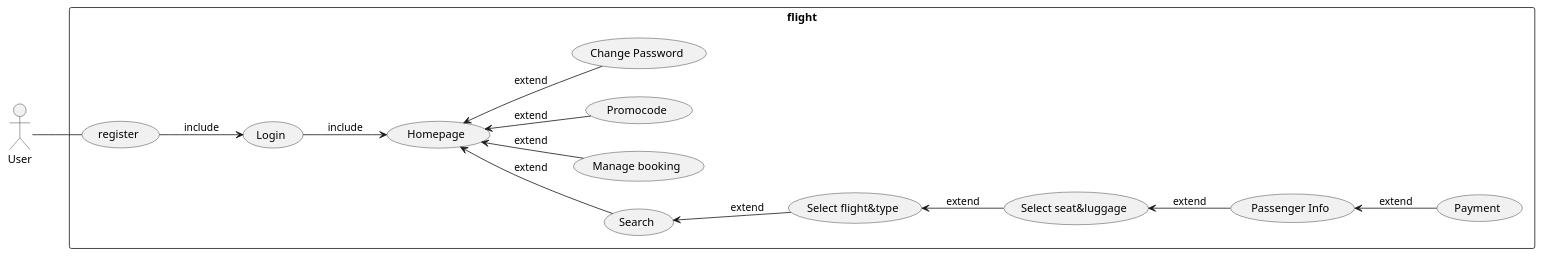
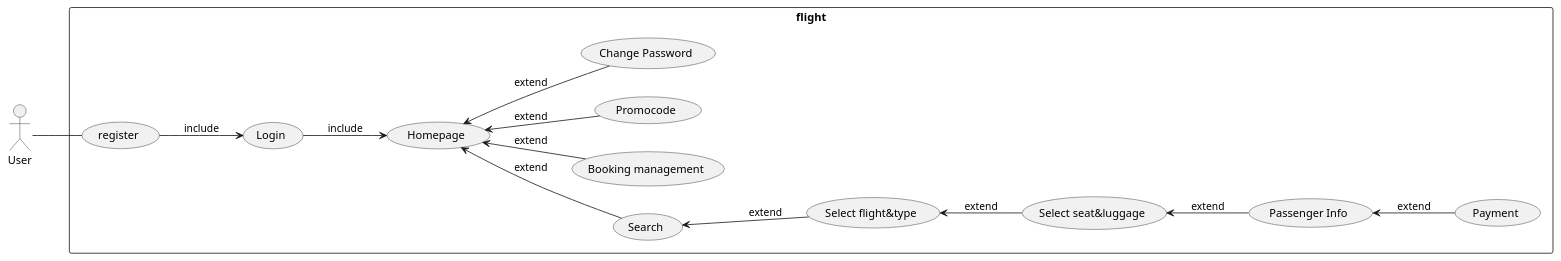
One commit to Nonnnchun/OOP_project changed the diagram in sequenceDiagram/userCaseDiagram.plantuml. Above: the diagram before and after it, drawn with PlantUML. The commit also changed 1 other file, not shown here.

Commit message:
sequenceManagebooking,userCaseDiagram

```diff
--- a/sequenceDiagram/userCaseDiagram.plantuml
+++ b/sequenceDiagram/userCaseDiagram.plantuml
@@ -1,29 +1,29 @@
 @startuml userCaseDiagram
 
 left to right direction
 actor "User" as user
 rectangle flight {
    usecase "Search" as search
-   usecase "Manage booking" as managebooking
+   usecase "Booking management" as managebooking
    usecase "Promocode" as promocode
    usecase "Payment" as payment
    usecase "Login" as login
    usecase "register" as register
    usecase "Select seat&luggage" as selectseats
    usecase "Select flight&type" as selectflight
    usecase "Passenger Info"as passengerinfo
    usecase "Homepage"  as homepage
    usecase "Change Password"  as changepassword
 }
 user -- register 
 register --> login:include
 login --> homepage:include
 search -up-> homepage:extend
 selectflight -up-> search:extend
 selectseats -up-> selectflight:extend
 passengerinfo -up-> selectseats:extend
 payment -up-> passengerinfo:extend
 managebooking -up-> homepage:extend
 promocode -up-> homepage:extend
 changepassword -up-> homepage:extend
 @enduml
```
